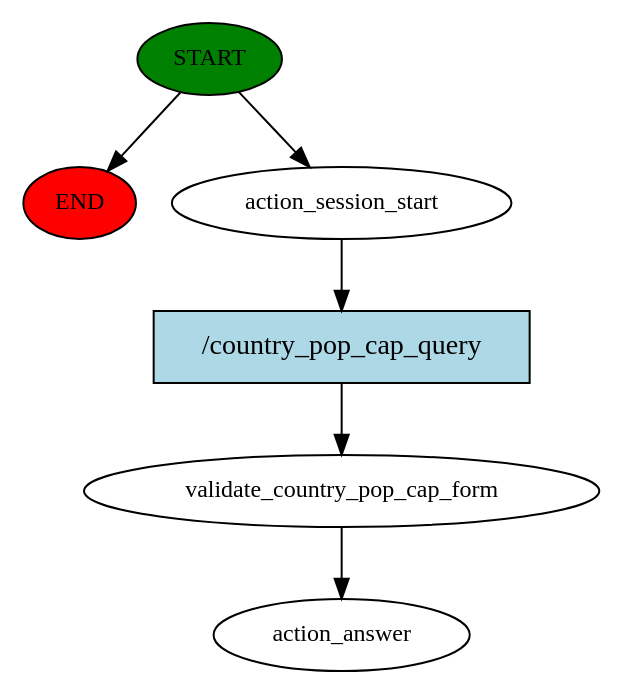
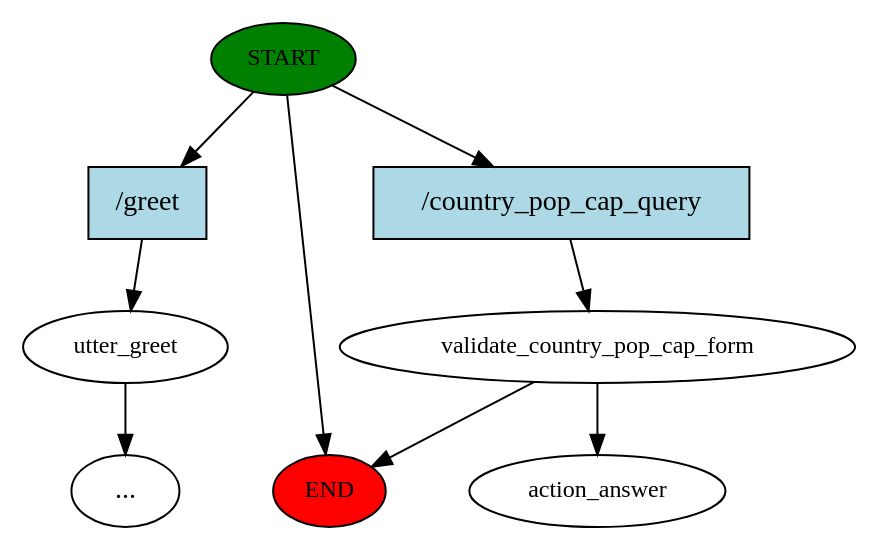
Before and after one commit to salama4ai/Rasa-chatbot-: the diagram in story_graph.dot, drawn with Graphviz. The commit also changed 6 other files, not shown here.

```diff
--- a/story_graph.dot
+++ b/story_graph.dot
@@ -1,13 +1,18 @@
 digraph  {
 0 [class="start active", fillcolor=green, fontsize=12, label=START, style=filled];
 "-1" [class=end, fillcolor=red, fontsize=12, label=END, style=filled];
-1 [class=active, fontsize=12, label=action_session_start];
+1 [class="", fontsize=12, label=utter_greet];
+"-3" [class=ellipsis, label="..."];
 2 [class=active, fontsize=12, label=validate_country_pop_cap_form];
-3 [class="dashed active", fontsize=12, label=action_answer];
-4 [class="intent active", fillcolor=lightblue, label="/country_pop_cap_query", shape=rect, style=filled];
+5 [class="dashed active", fontsize=12, label=action_answer];
+6 [class=intent, fillcolor=lightblue, label="/greet", shape=rect, style=filled];
+7 [class="intent active", fillcolor=lightblue, label="/country_pop_cap_query", shape=rect, style=filled];
 0 -> "-1"  [class="", key=NONE, label=""];
-0 -> 1  [class=active, key=NONE, label=""];
-1 -> 4  [class=active, key=0];
-2 -> 3  [class=active, key=NONE, label=""];
-4 -> 2  [class=active, key=0];
+0 -> 6  [class="", key=0];
+0 -> 7  [class=active, key=0];
+1 -> "-3"  [class="", key=NONE, label=""];
+2 -> "-1"  [class="", key=NONE, label=""];
+2 -> 5  [class=active, key=NONE, label=""];
+6 -> 1  [class="", key=0];
+7 -> 2  [class=active, key=0];
 }
```
